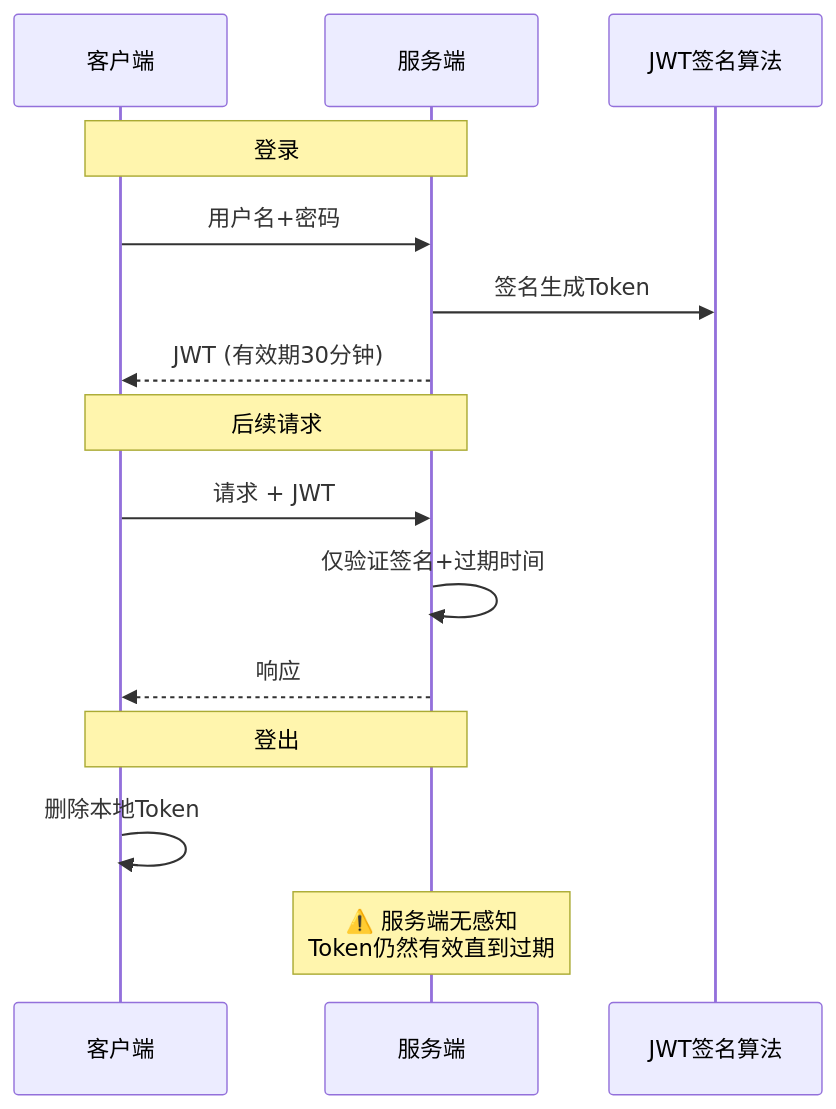
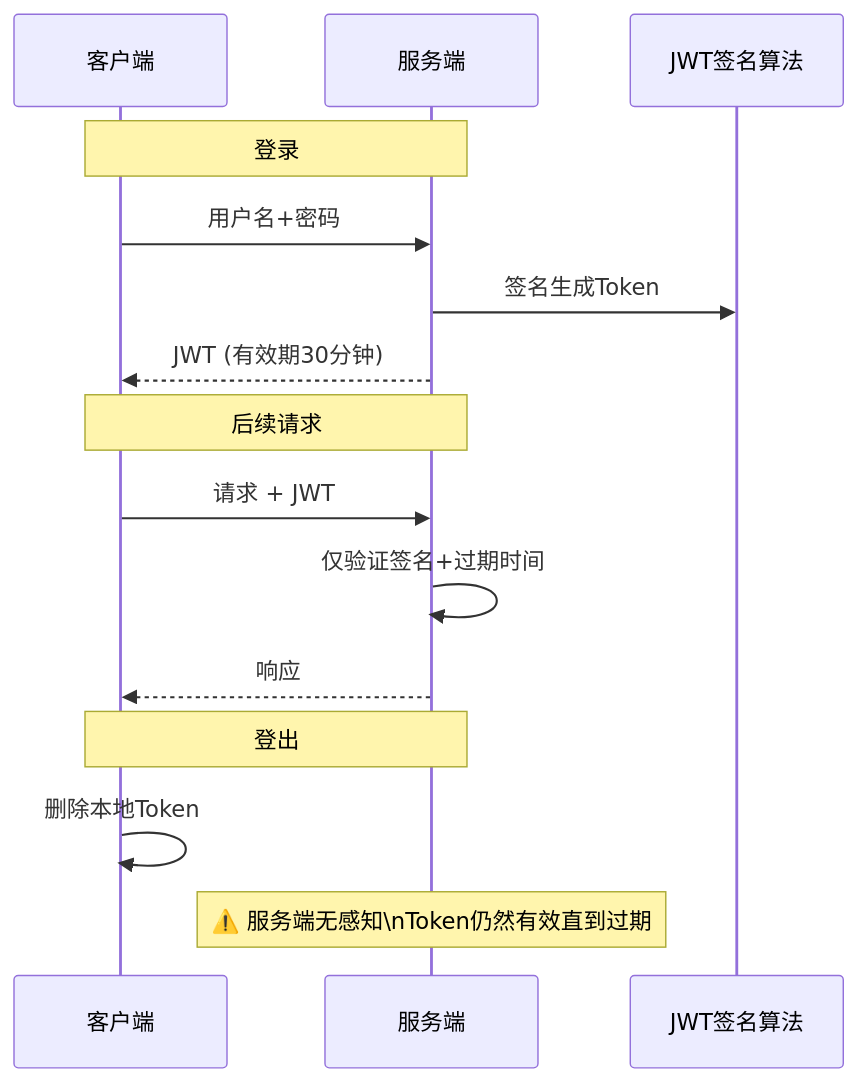
Before and after one commit to yaocat55/yaocat55.github.io: the first of 8 diagrams in content/posts/springsecurity/JwtRedisHybridAuth.md, drawn with Mermaid. The commit also changed other lines of this file and 155 other files, not shown here.

````diff
--- a/content/posts/springsecurity/JwtRedisHybridAuth.md
+++ b/content/posts/springsecurity/JwtRedisHybridAuth.md
@@ -81,20 +81,20 @@
 ```mermaid
 sequenceDiagram
     participant C as 客户端
     participant S as 服务端
     participant JWT as JWT签名算法
 
     Note over C,S: 登录
     C->>S: 用户名+密码
     S->>JWT: 签名生成Token
     S-->>C: JWT (有效期30分钟)
 
     Note over C,S: 后续请求
     C->>S: 请求 + JWT
     S->>S: 仅验证签名+过期时间
     S-->>C: 响应
 
     Note over C,S: 登出
     C->>C: 删除本地Token
-    Note over S: ⚠️ 服务端无感知<br/>Token仍然有效直到过期
+    Note over S: ⚠️ 服务端无感知\nToken仍然有效直到过期
 ```
````
